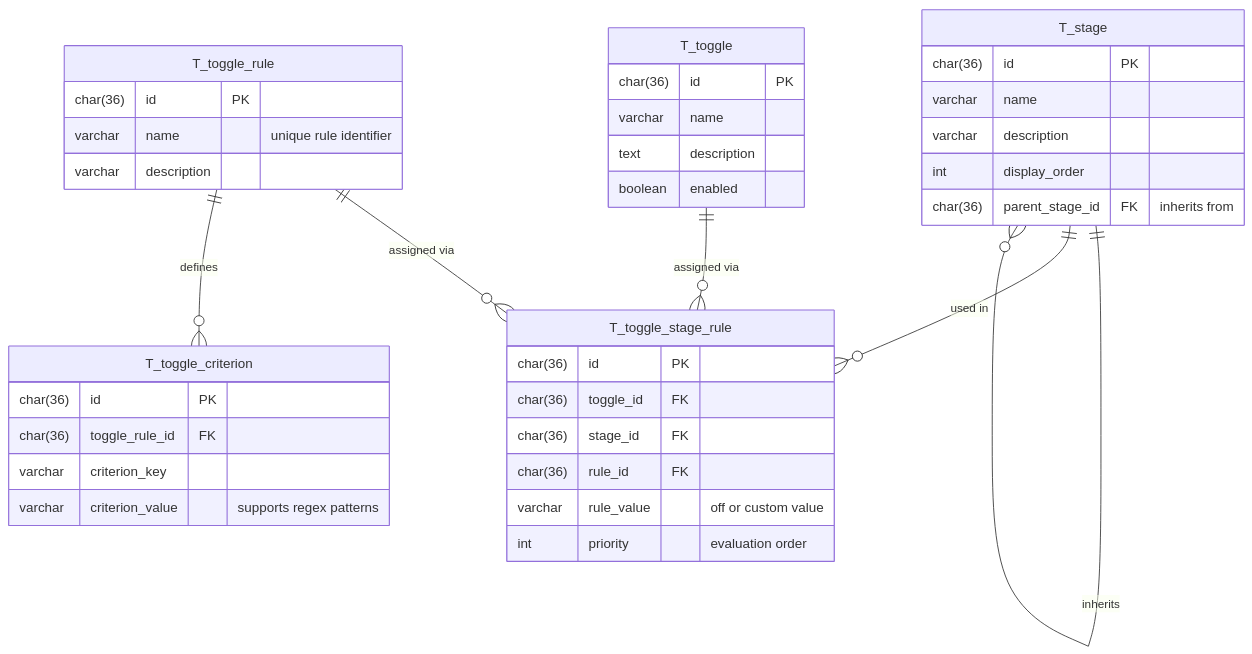
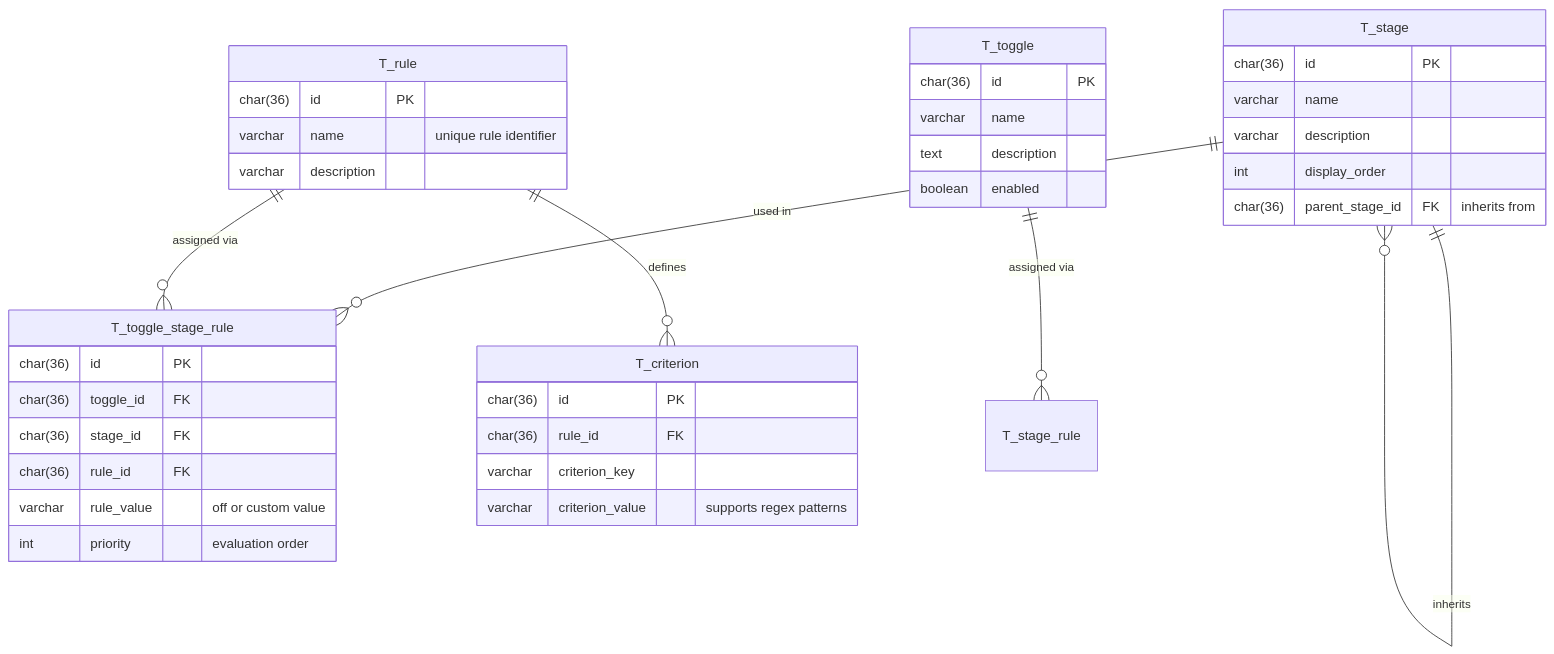
The first of 2 diagrams in docs/DESIGN.md (abstratium-dev/abstoggle), drawn with Mermaid before and after one commit. The commit also changed other lines of this file and 68 other files, not shown here.

````diff
--- a/docs/DESIGN.md
+++ b/docs/DESIGN.md
@@ -15,45 +15,45 @@
 ```mermaid
 erDiagram
     T_toggle {
         char(36) id PK
         varchar name
         text description
         boolean enabled
     }
 
     T_stage {
         char(36) id PK
         varchar name
         varchar description
         int display_order
         char(36) parent_stage_id FK "inherits from"
     }
 
-    T_toggle_rule {
+    T_rule {
         char(36) id PK
         varchar name "unique rule identifier"
         varchar description
     }
 
     T_toggle_stage_rule {
         char(36) id PK
         char(36) toggle_id FK
         char(36) stage_id FK
         char(36) rule_id FK
         varchar rule_value "off or custom value"
         int priority "evaluation order"
     }
 
-    T_toggle_criterion {
+    T_criterion {
         char(36) id PK
-        char(36) toggle_rule_id FK
+        char(36) rule_id FK
         varchar criterion_key
         varchar criterion_value "supports regex patterns"
     }
 
     T_stage ||--o{ T_stage : inherits
-    T_toggle ||--o{ T_toggle_stage_rule : "assigned via"
+    T_toggle ||--o{ T_stage_rule : "assigned via"
     T_stage ||--o{ T_toggle_stage_rule : "used in"
-    T_toggle_rule ||--o{ T_toggle_stage_rule : "assigned via"
-    T_toggle_rule ||--o{ T_toggle_criterion : defines
+    T_rule ||--o{ T_toggle_stage_rule : "assigned via"
+    T_rule ||--o{ T_criterion : defines
 ```
````
